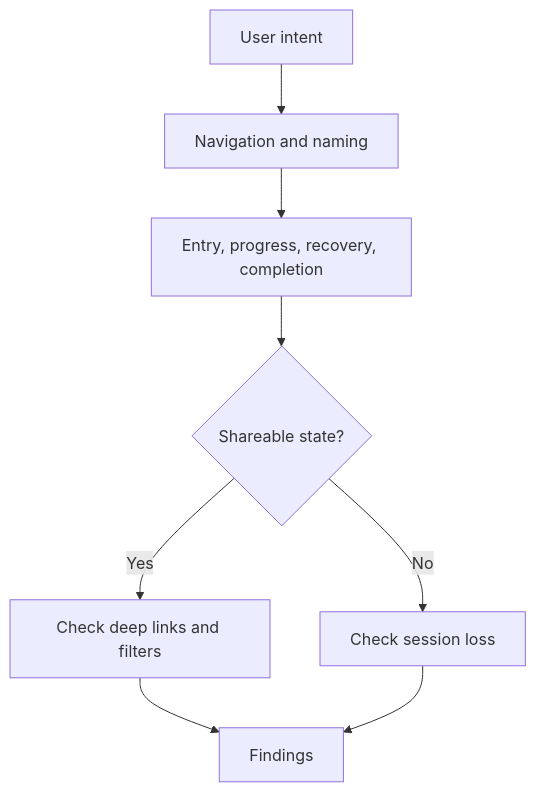
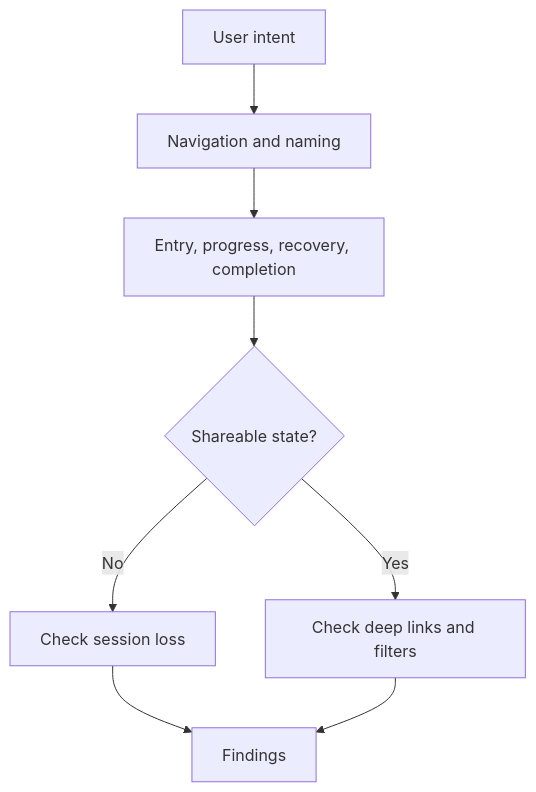
Before and after one commit to MercatorProj/audit-anything: the fourth of 6 diagrams in references/compositions.md, drawn with Mermaid. The commit also changed other lines of this file and 3 other files, not shown here.

````diff
--- a/references/compositions.md
+++ b/references/compositions.md
@@ -88,10 +88,10 @@
 ```mermaid
 flowchart TD
     A["User intent"] --> B["Navigation and naming"]
     B --> C["Entry, progress, recovery, completion"]
     C --> D{"Shareable state?"}
     D -- "Yes" --> E["Check deep links and filters"]
     D -- "No" --> F["Check session loss"]
-    E --> G["Findings"]
-    F --> G
+    F --> G["Findings"]
+    E --> G
 ```
````
